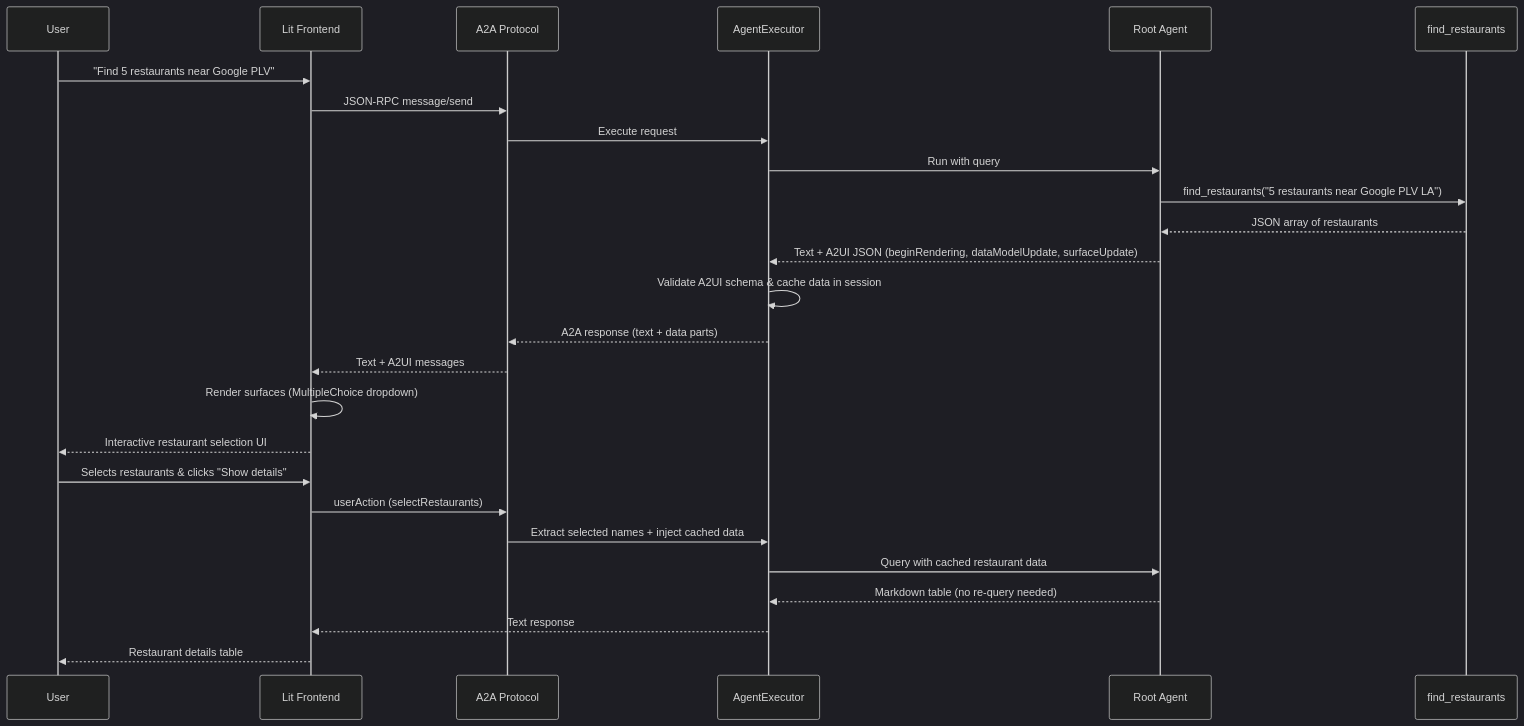
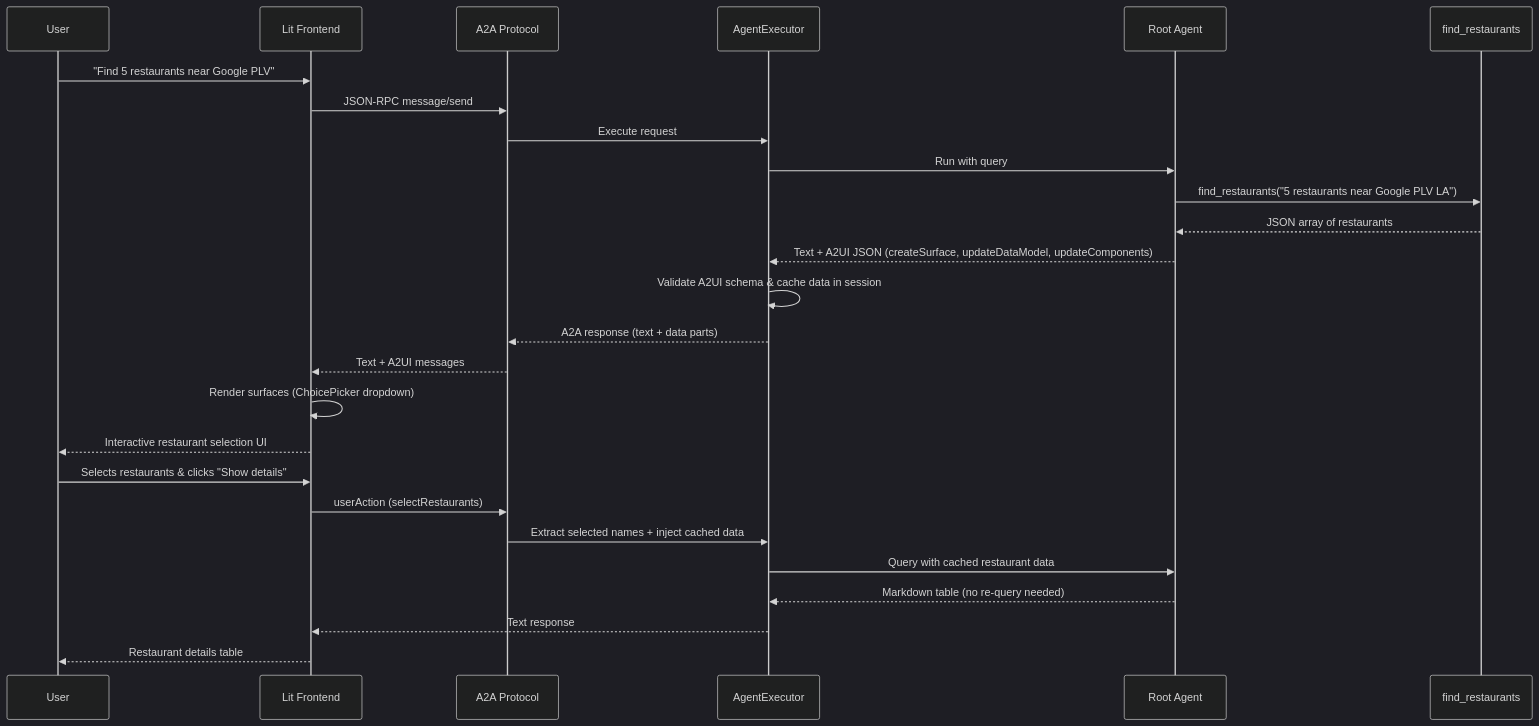
One commit to wadave/agent-a2ui-demo changed the third of 3 diagrams in README.md. Above: the diagram before and after it, drawn with Mermaid (dark theme). The commit also changed other lines of this file and 36 other files, not shown here.

````diff
--- a/README.md
+++ b/README.md
@@ -95,30 +95,30 @@
 ```mermaid
 sequenceDiagram
     participant User
     participant Frontend as Lit Frontend
     participant A2A as A2A Protocol
     participant Executor as AgentExecutor
     participant Agent as Root Agent
     participant Tool as find_restaurants
 
     User->>Frontend: "Find 5 restaurants near Google PLV"
     Frontend->>A2A: JSON-RPC message/send
     A2A->>Executor: Execute request
     Executor->>Agent: Run with query
     Agent->>Tool: find_restaurants("5 restaurants near Google PLV LA")
     Tool-->>Agent: JSON array of restaurants
-    Agent-->>Executor: Text + A2UI JSON (beginRendering, dataModelUpdate, surfaceUpdate)
+    Agent-->>Executor: Text + A2UI JSON (createSurface, updateDataModel, updateComponents)
     Executor->>Executor: Validate A2UI schema & cache data in session
     Executor-->>A2A: A2A response (text + data parts)
     A2A-->>Frontend: Text + A2UI messages
-    Frontend->>Frontend: Render surfaces (MultipleChoice dropdown)
+    Frontend->>Frontend: Render surfaces (ChoicePicker dropdown)
     Frontend-->>User: Interactive restaurant selection UI
 
     User->>Frontend: Selects restaurants & clicks "Show details"
     Frontend->>A2A: userAction (selectRestaurants)
     A2A->>Executor: Extract selected names + inject cached data
     Executor->>Agent: Query with cached restaurant data
     Agent-->>Executor: Markdown table (no re-query needed)
     Executor-->>Frontend: Text response
     Frontend-->>User: Restaurant details table
 ```
````
